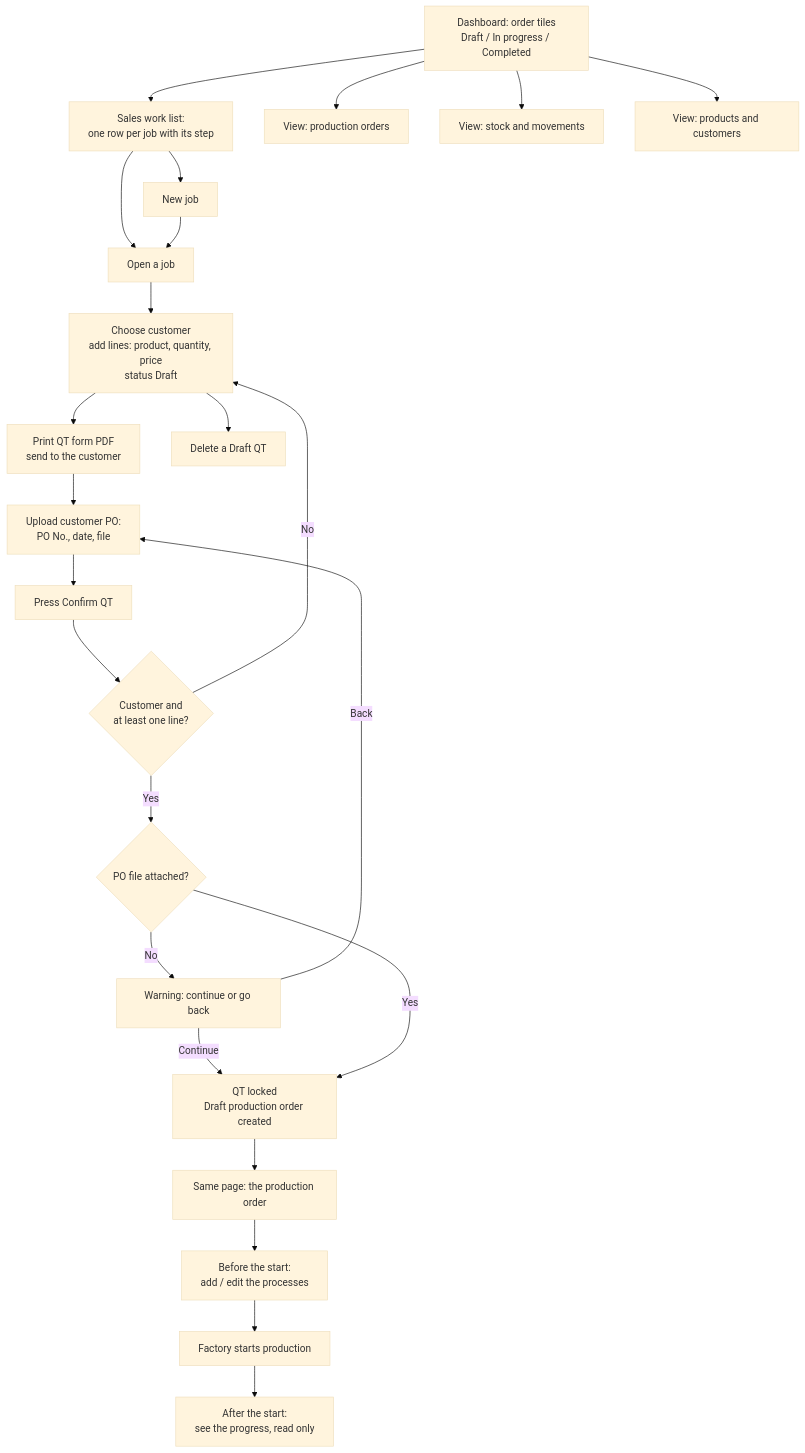
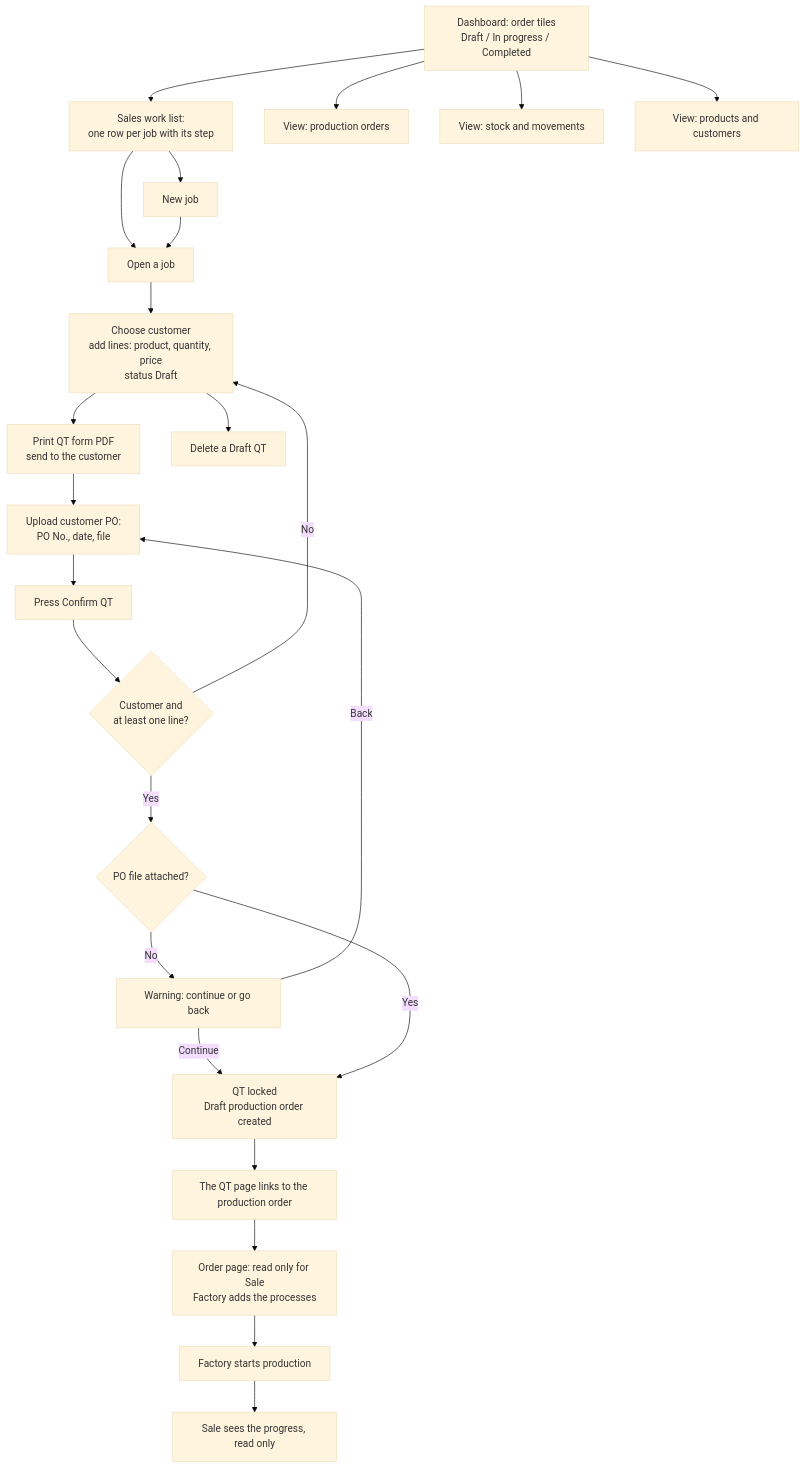
One commit to Detmon0410/Base_Sample_ERP changed the second of 8 diagrams in ProjectdocInfo/User Flow.md. Above: the diagram before and after it, drawn with Mermaid (base theme). The commit also changed other lines of this file and 6 other files, not shown here.

Commit message:
ProjectdocInfo: the diagrams follow the code (the Factory adds the processes, no Today page, 23 tables, columns of the ER)

````diff
--- a/ProjectdocInfo/User Flow.md
+++ b/ProjectdocInfo/User Flow.md
@@ -44,26 +44,26 @@
 ```mermaid
 flowchart TD
     D[Dashboard: order tiles<br/>Draft / In progress / Completed] --> Q[Sales work list:<br/>one row per job with its step]
     Q --> N[New job]
     Q --> Q1[Open a job]
     N --> Q1
     Q1 --> Q2[Choose customer<br/>add lines: product, quantity, price<br/>status Draft]
     Q2 --> Q3[Print QT form PDF<br/>send to the customer]
     Q3 --> Q4[Upload customer PO:<br/>PO No., date, file]
     Q4 --> Q5[Press Confirm QT]
     Q5 --> Q6{Customer and<br/>at least one line?}
     Q6 -- No --> Q2
     Q6 -- Yes --> Q7{PO file attached?}
     Q7 -- No --> Q8[Warning: continue or go back]
     Q8 -- Back --> Q4
     Q8 -- Continue --> Q9
     Q7 -- Yes --> Q9[QT locked<br/>Draft production order created]
-    Q9 --> O[Same page: the production order]
-    O --> O1[Before the start:<br/>add / edit the processes]
+    Q9 --> O[The QT page links to the production order]
+    O --> O1[Order page: read only for Sale<br/>Factory adds the processes]
     O1 --> O2[Factory starts production]
-    O2 --> O3[After the start:<br/>see the progress, read only]
+    O2 --> O3[Sale sees the progress, read only]
     D --> V1[View: production orders]
     D --> V2[View: stock and movements]
     D --> V3[View: products and customers]
     Q2 --> Qd[Delete a Draft QT]
 ```
````
